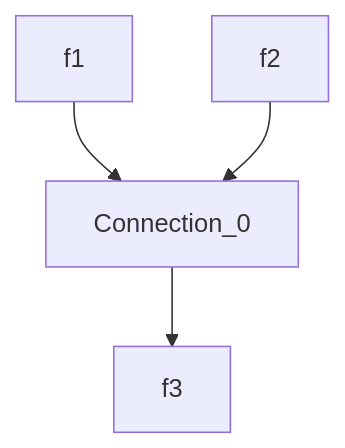
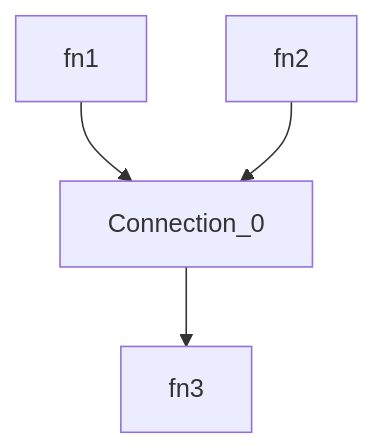
Before and after one commit to damianofalcioni/js-functions-orchestrator: the first of 2 diagrams in README.md, drawn with Mermaid. The commit also changed other lines of this file, not shown here.

````diff
--- a/README.md
+++ b/README.md
@@ -26,6 +26,6 @@
 ```mermaid
 graph TD;
-    f1-->Connection_0;
-    f2-->Connection_0;
-    Connection_0-->f3;
+    fn1-->Connection_0;
+    fn2-->Connection_0;
+    Connection_0-->fn3;
 ```
````
